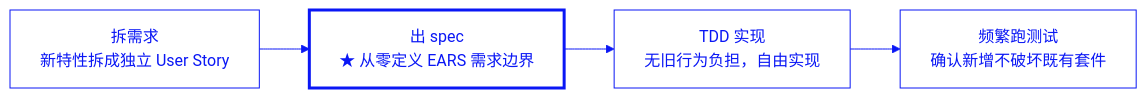
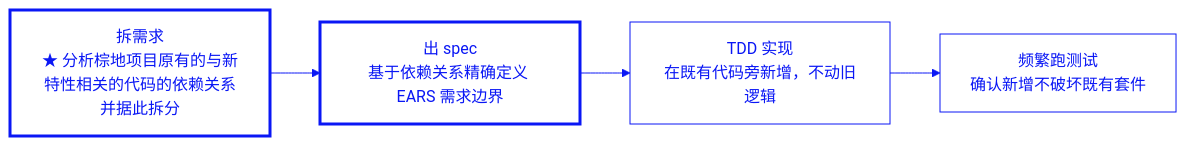
The second of 4 diagrams in ch01/README.md (wubin28/first-pass-trust), drawn with Mermaid before and after one commit. The commit also changed other lines of this file, not shown here.

Commit message:
docs: refined chapter 1.3 to clarify TDD implementation in brownfield projects

````diff
--- a/ch01/README.md
+++ b/ch01/README.md
@@ -49,12 +49,12 @@
 ```mermaid
 %%{init: {'theme':'base', 'themeVariables': {'primaryColor':'#FFFFFF','primaryTextColor':'#0A17F5','primaryBorderColor':'#0A17F5','lineColor':'#0A17F5','secondaryColor':'#FFFFFF','tertiaryColor':'#FFFFFF','background':'#FFFFFF'}}}%%
 flowchart LR
-    A["拆需求<br/>新特性拆成独立 User Story"] --> B["出 spec<br/>★ 从零定义 EARS 需求边界"]
-    B --> C["TDD 实现<br/>无旧行为负担，自由实现"]
+    A["拆需求<br/>★ 分析棕地项目原有的与新特性相关的代码的依赖关系并据此拆分"] --> B["出 spec<br/>基于依赖关系精确定义 EARS 需求边界"]
+    B --> C["TDD 实现<br/>在既有代码旁新增，不动旧逻辑"]
     C --> D["频繁跑测试<br/>确认新增不破坏既有套件"]
 
-    style A fill:#FFFFFF,stroke:#0A17F5,color:#0A17F5
+    style A fill:#FFFFFF,stroke:#0A17F5,color:#0A17F5,stroke-width:3px
     style B fill:#FFFFFF,stroke:#0A17F5,color:#0A17F5,stroke-width:3px
     style C fill:#FFFFFF,stroke:#0A17F5,color:#0A17F5
     style D fill:#FFFFFF,stroke:#0A17F5,color:#0A17F5
 ```
````
